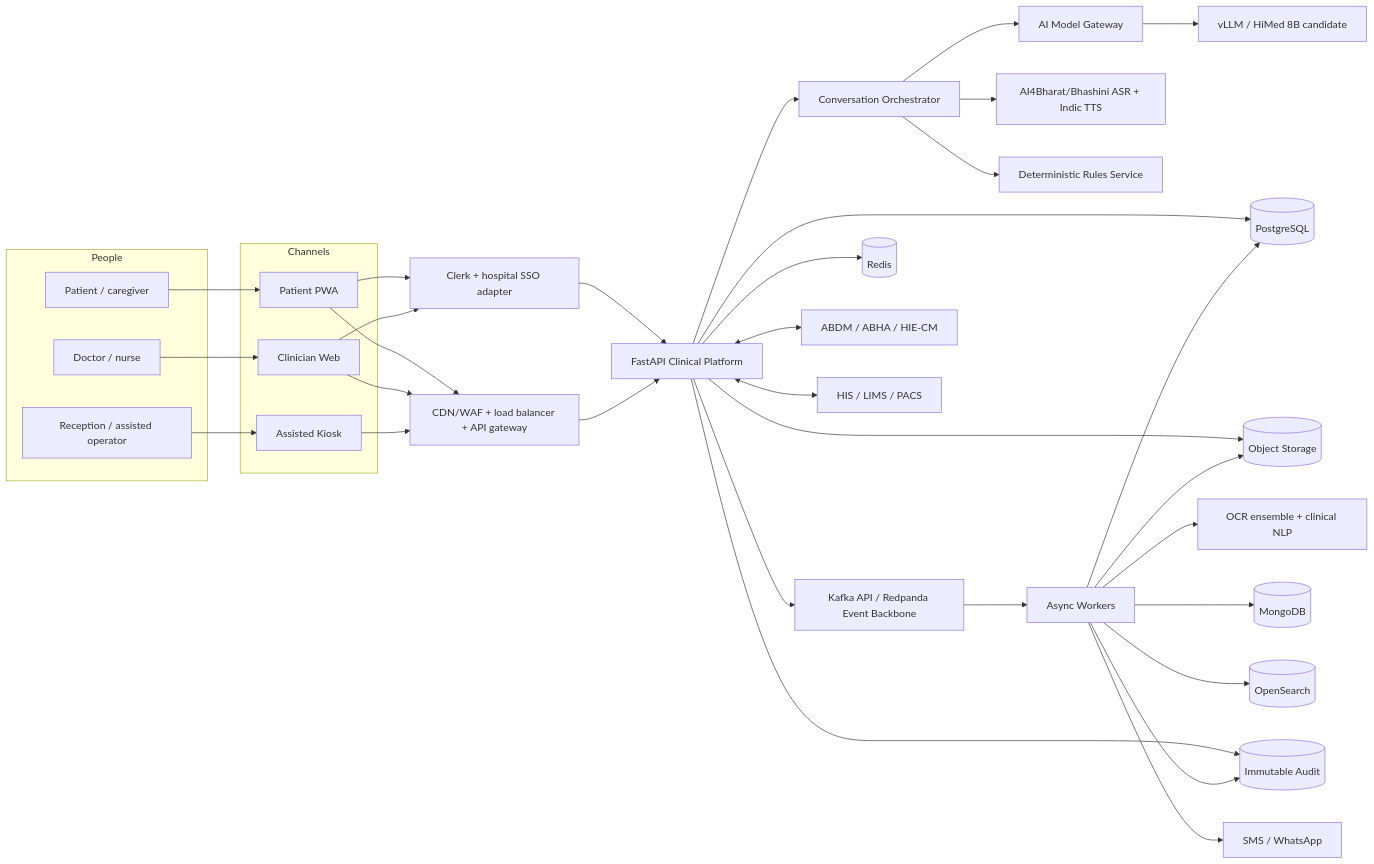
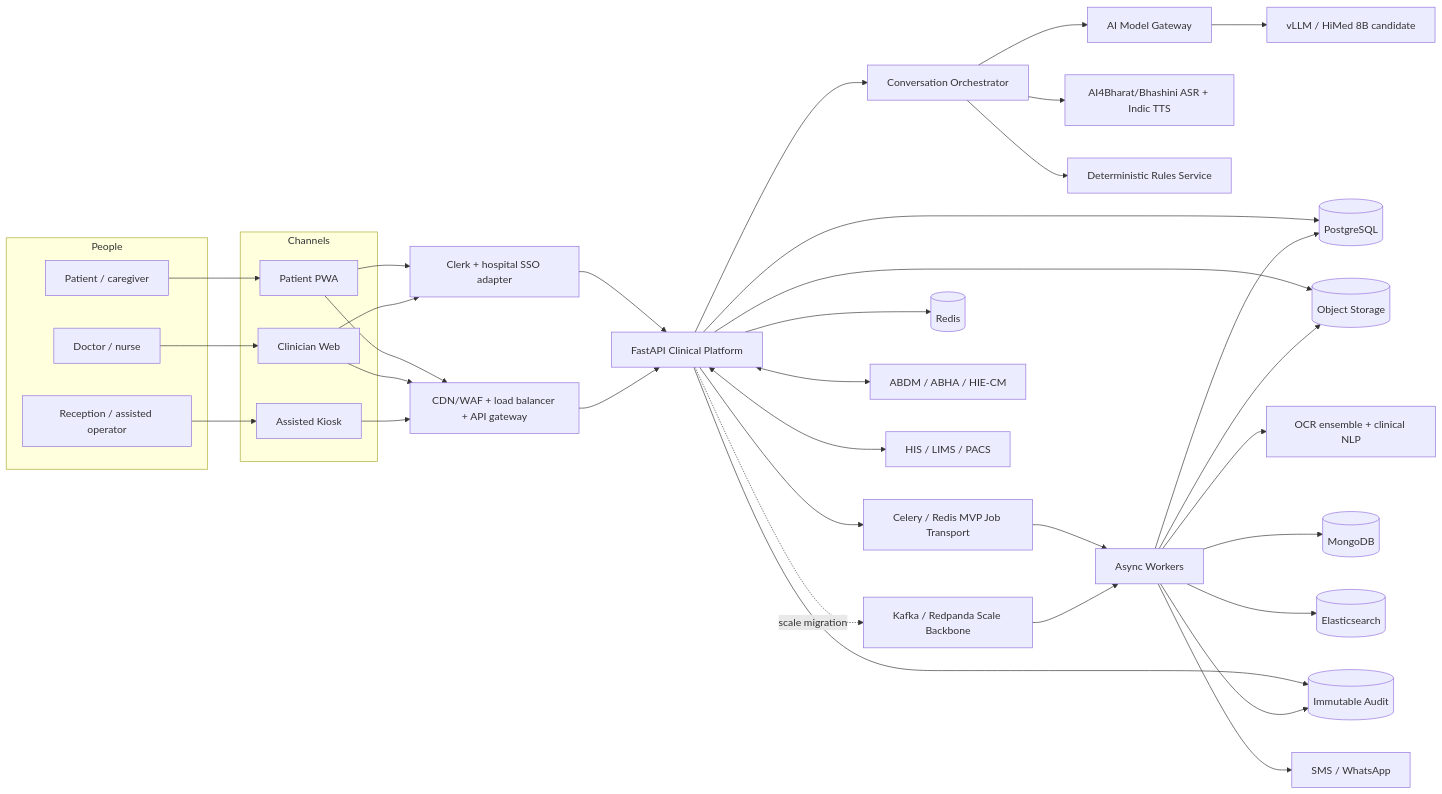
The second of 3 diagrams in patient-case-taking-platform/CONTEXT-GRAPH.md (shivamsingh-007/NotMID), drawn with Mermaid before and after one commit. The commit also changed other lines of this file and 19 other files, not shown here.

````diff
--- a/patient-case-taking-platform/CONTEXT-GRAPH.md
+++ b/patient-case-taking-platform/CONTEXT-GRAPH.md
@@ -48,66 +48,69 @@
 ```mermaid
 flowchart LR
     subgraph USERS["People"]
         P["Patient / caregiver"]
         C["Doctor / nurse"]
         R["Reception / assisted operator"]
     end
 
     subgraph CHANNELS["Channels"]
         PP["Patient PWA"]
         CW["Clinician Web"]
         AK["Assisted Kiosk"]
     end
 
     CLERK["Clerk + hospital SSO adapter"]
     EDGE["CDN/WAF + load balancer + API gateway"]
     CORE["FastAPI Clinical Platform"]
     CONV["Conversation Orchestrator"]
     AI["AI Model Gateway"]
     VLLM["vLLM / HiMed 8B candidate"]
     SPEECH["AI4Bharat/Bhashini ASR + Indic TTS"]
     OCR["OCR ensemble + clinical NLP"]
     RULES["Deterministic Rules Service"]
-    BUS["Kafka API / Redpanda Event Backbone"]
+    JOBS["Celery / Redis MVP Job Transport"]
+    BUS["Kafka / Redpanda Scale Backbone"]
     WORKERS["Async Workers"]
     PG[("PostgreSQL")]
     MONGO[("MongoDB")]
     OBJ[("Object Storage")]
     REDIS[("Redis")]
-    SEARCH[("OpenSearch")]
+    SEARCH[("Elasticsearch")]
     AUDIT[("Immutable Audit")]
     ABDM["ABDM / ABHA / HIE-CM"]
     HOSP["HIS / LIMS / PACS"]
     MSG["SMS / WhatsApp"]
 
     P --> PP
     C --> CW
     R --> AK
     PP --> EDGE
     CW --> EDGE
     AK --> EDGE
     PP --> CLERK
     CW --> CLERK
     CLERK --> CORE
     EDGE --> CORE
     CORE --> CONV
     CONV --> AI
     AI --> VLLM
     CONV --> SPEECH
     WORKERS --> OCR
     CONV --> RULES
     CORE --> PG
     WORKERS --> MONGO
     CORE --> REDIS
     CORE --> OBJ
-    CORE --> BUS
+    CORE --> JOBS
+    CORE -. scale migration .-> BUS
+    JOBS --> WORKERS
     BUS --> WORKERS
     WORKERS --> OBJ
     WORKERS --> PG
     WORKERS --> SEARCH
     CORE --> AUDIT
     WORKERS --> AUDIT
     CORE <--> ABDM
     CORE <--> HOSP
     WORKERS --> MSG
 ```
````
